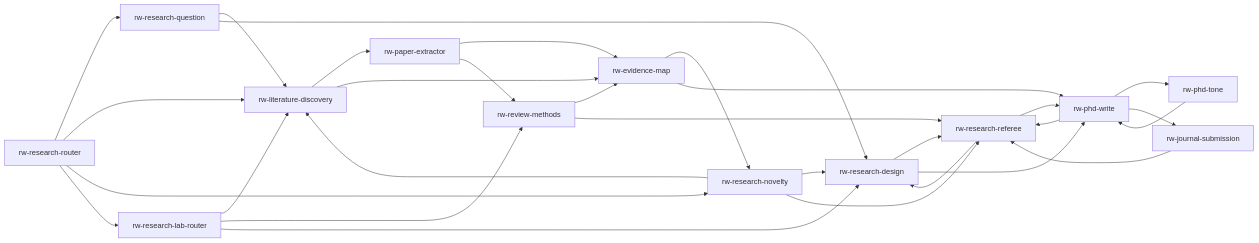
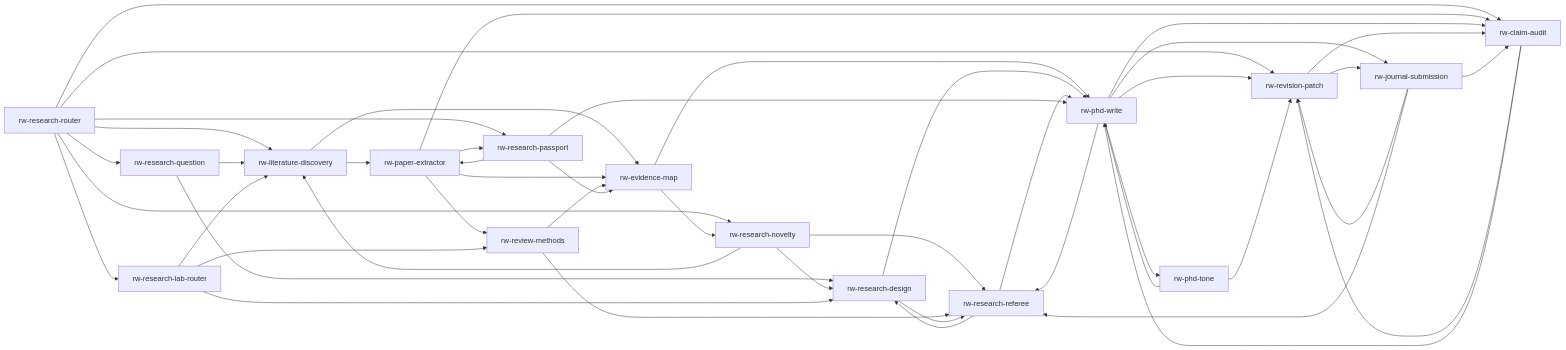
Before and after one commit to rolandwonglonam/rw-research-skill: the diagram in docs/skill-link-map.md, drawn with Mermaid. The commit also changed 50 other files, not shown here.

````diff
--- a/docs/skill-link-map.md
+++ b/docs/skill-link-map.md
@@ -3,46 +3,66 @@
 ```mermaid
 flowchart LR
   router["rw-research-router"]
   question["rw-research-question"]
   discovery["rw-literature-discovery"]
   extractor["rw-paper-extractor"]
   evidence["rw-evidence-map"]
   novelty["rw-research-novelty"]
   review["rw-review-methods"]
   design["rw-research-design"]
   referee["rw-research-referee"]
+  passport["rw-research-passport"]
+  audit["rw-claim-audit"]
+  patch["rw-revision-patch"]
   write["rw-phd-write"]
   tone["rw-phd-tone"]
   submission["rw-journal-submission"]
   tools["rw-research-lab-router"]
 
   router --> question
   router --> discovery
   router --> novelty
+  router --> passport
+  router --> audit
+  router --> patch
   router --> tools
   question --> discovery
   question --> design
   discovery --> extractor
   discovery --> evidence
   extractor --> evidence
+  extractor --> audit
+  extractor --> passport
   extractor --> review
   evidence --> novelty
   evidence --> write
   novelty --> discovery
   novelty --> design
   novelty --> referee
   review --> evidence
   review --> referee
   design --> referee
   design --> write
   referee --> design
   referee --> write
   write --> tone
+  write --> audit
+  write --> patch
   write --> referee
   write --> submission
   tone --> write
+  tone --> patch
+  audit --> patch
+  audit --> write
+  patch --> audit
+  patch --> submission
+  passport --> extractor
+  passport --> evidence
+  passport --> write
+  submission --> patch
+  submission --> audit
   submission --> referee
   tools --> discovery
   tools --> review
   tools --> design
 ```
````
